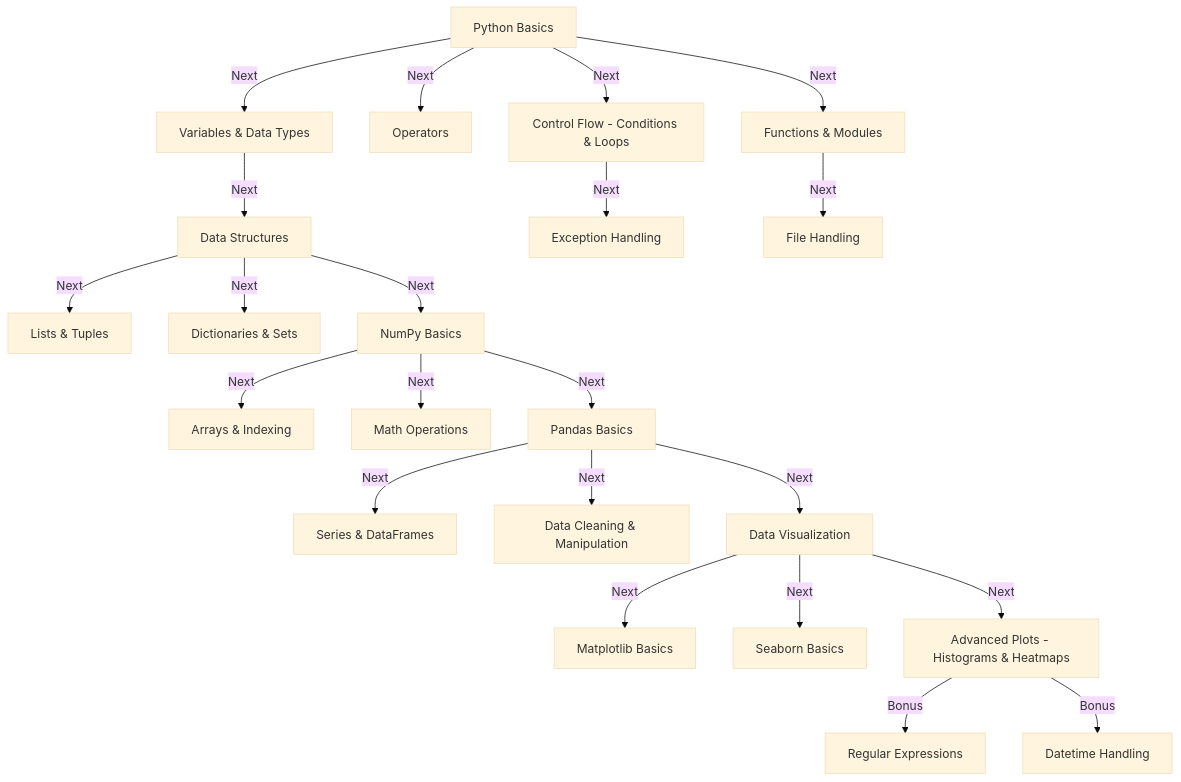
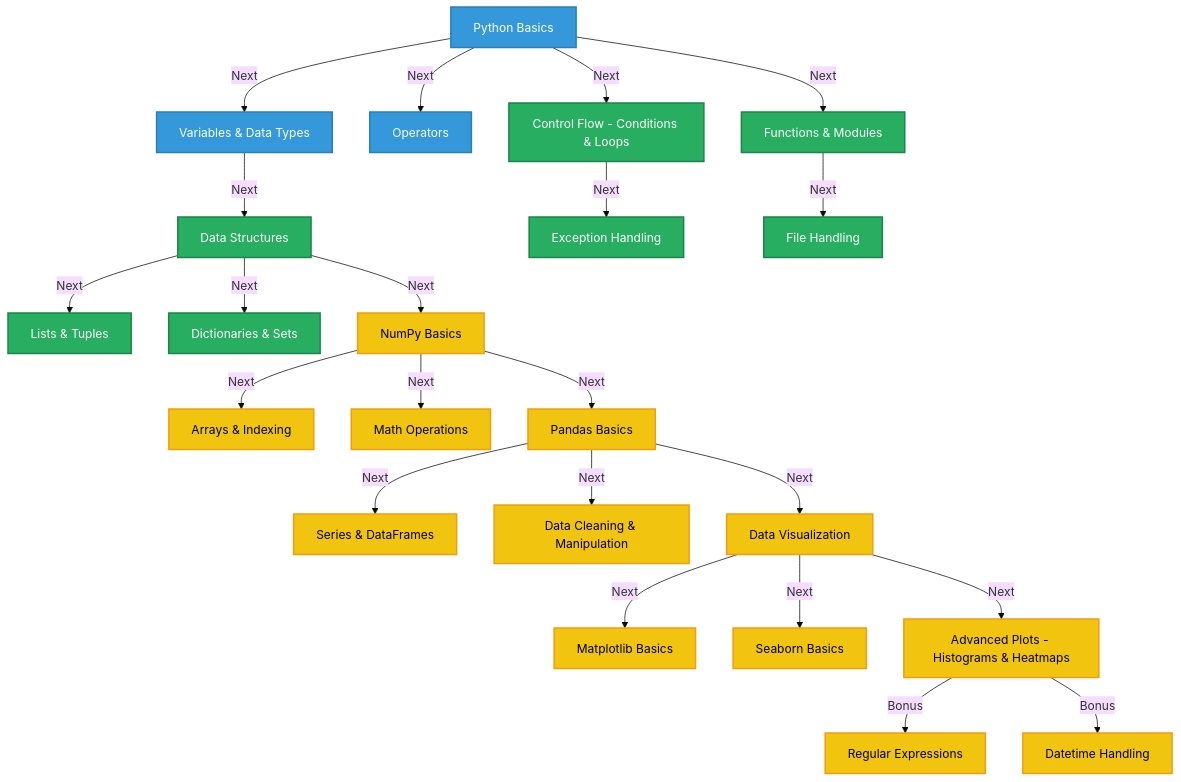
Before and after one commit to WegenerSteven/Data-Analysis-With-Python: the diagram in README.md, drawn with Mermaid (base theme).

Commit message:
add styling definitions to README for improved visual clarity

````diff
--- a/README.md
+++ b/README.md
@@ -72,30 +72,39 @@
 ```mermaid
 graph TD;
     A[Python Basics] -->|Next| B[Variables & Data Types]
     A -->|Next| C[Operators]
     A -->|Next| D[Control Flow - Conditions & Loops]
     A -->|Next| E[Functions & Modules]
 
     B -->|Next| F[Data Structures]
     F -->|Next| G[Lists & Tuples]
     F -->|Next| H[Dictionaries & Sets]
 
     D -->|Next| I[Exception Handling]
     E -->|Next| J[File Handling]
 
     F -->|Next| K[NumPy Basics]
     K -->|Next| L[Arrays & Indexing]
     K -->|Next| M[Math Operations]
 
     K -->|Next| N[Pandas Basics]
     N -->|Next| O[Series & DataFrames]
     N -->|Next| P[Data Cleaning & Manipulation]
 
     N -->|Next| Q[Data Visualization]
     Q -->|Next| R[Matplotlib Basics]
     Q -->|Next| S[Seaborn Basics]
     Q -->|Next| T[Advanced Plots - Histograms & Heatmaps]
 
     T -->|Bonus| U[Regular Expressions]
     T -->|Bonus| V[Datetime Handling]
+
+    %% Styling
+    classDef primary fill:#3498db,stroke:#2980b9,stroke-width:2px,color:#ffffff;
+    classDef secondary fill:#27ae60,stroke:#1e8449,stroke-width:2px,color:#ffffff;
+    classDef highlight fill:#f1c40f,stroke:#f39c12,stroke-width:2px,color:#000000;
+
+    class A,B,C primary;
+    class D,E,F,G,H,I,J secondary;
+    class K,L,M,N,O,P,Q,R,S,T,U,V highlight;
 ```
````
